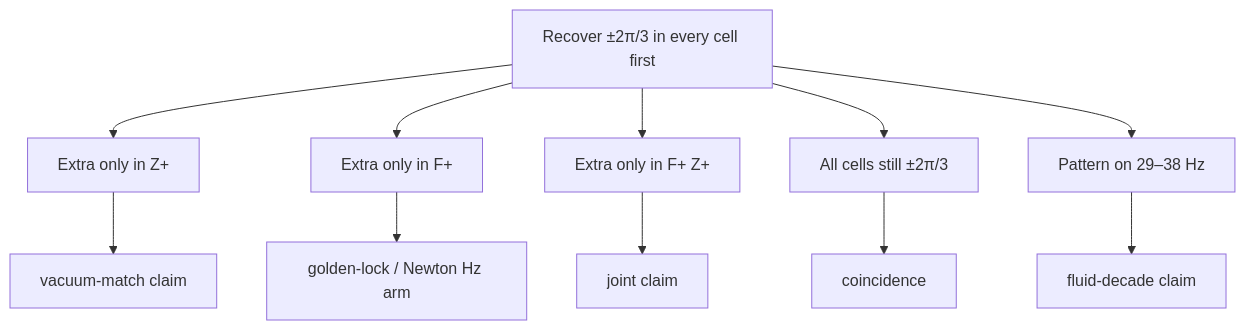
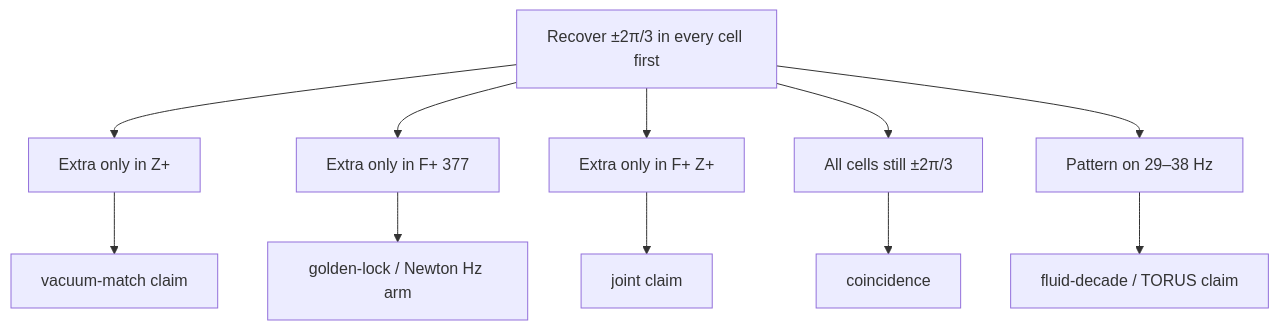
The second of 3 diagrams in README.md (SunWolf77/sabu-disk-377hz), drawn with Mermaid before and after one commit. The commit also changed other lines of this file, not shown here.

Commit message:
README: credit @TORUS_OMEGA13 on fluid-decade arm

````diff
--- a/README.md
+++ b/README.md
@@ -39,14 +39,14 @@
 ```mermaid
 flowchart TD
   R["Recover ±2π/3 in every cell first"]
   R --> Zp["Extra only in Z+"]
-  R --> Fp["Extra only in F+"]
+  R --> Fp["Extra only in F+ 377"]
   R --> J["Extra only in F+ Z+"]
   R --> N["All cells still ±2π/3"]
   R --> T["Pattern on 29–38 Hz"]
   Zp --> Zc[vacuum-match claim]
   Fp --> Fc[golden-lock / Newton Hz arm]
   J --> Jc[joint claim]
   N --> Nc[coincidence]
-  T --> Tc[fluid-decade claim]
+  T --> Tc[fluid-decade / TORUS claim]
 ```
````
